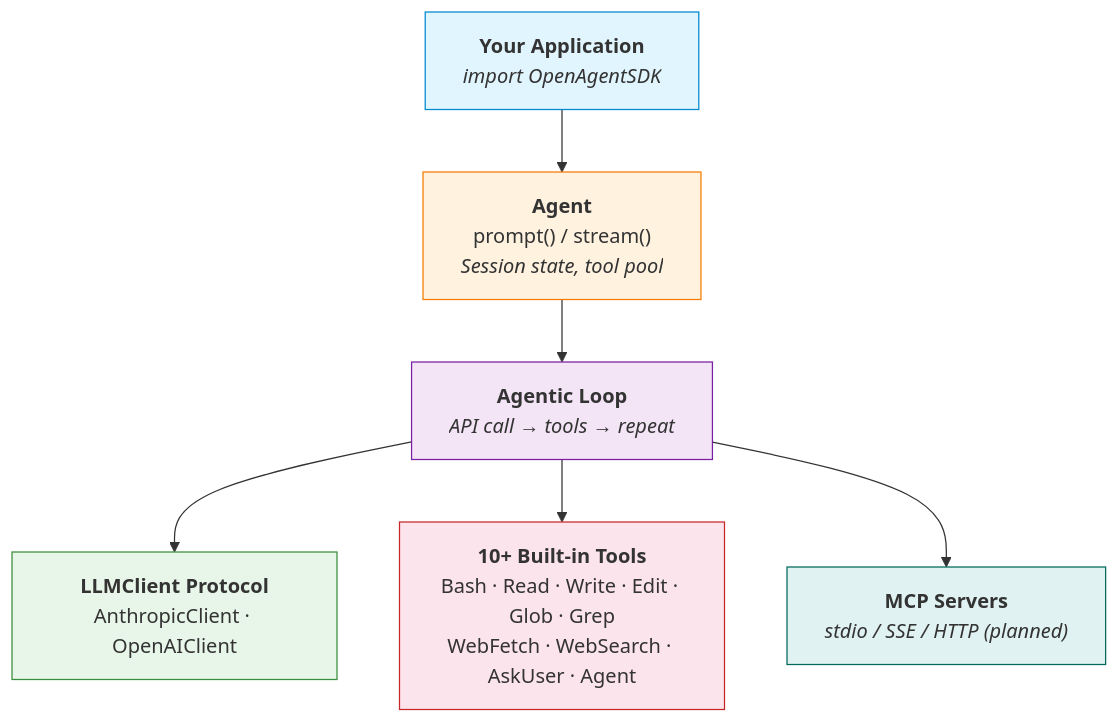
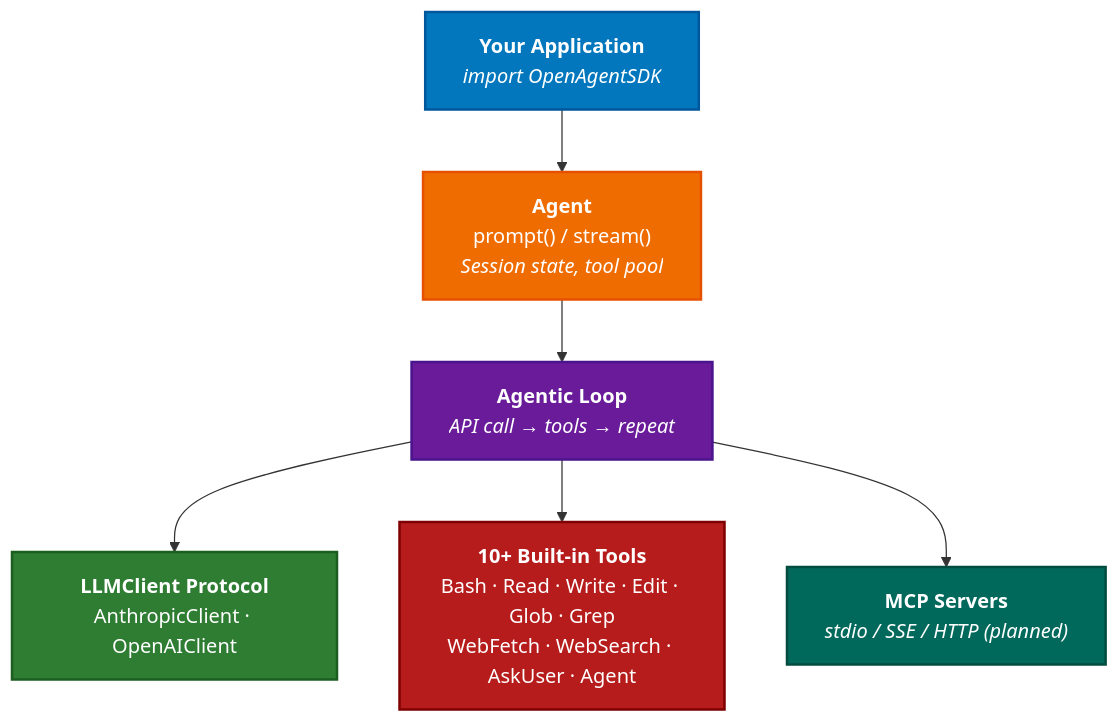
Before and after one commit to terryso/open-agent-sdk-swift: the diagram in README.md, drawn with Mermaid. The commit also changed 10 other files, not shown here.

````diff
--- a/README.md
+++ b/README.md
@@ -172,18 +172,18 @@
 ```mermaid
 graph TD
     A["<b>Your Application</b><br/><i>import OpenAgentSDK</i>"] --> B
     B["<b>Agent</b><br/>prompt() / stream()<br/><i>Session state, tool pool</i>"] --> C
     C["<b>Agentic Loop</b><br/><i>API call → tools → repeat</i>"] --> D
     C --> E
     C --> F
     D["<b>LLMClient Protocol</b><br/>AnthropicClient · OpenAIClient"]
     E["<b>10+ Built-in Tools</b><br/>Bash · Read · Write · Edit · Glob · Grep<br/>WebFetch · WebSearch · AskUser · Agent"]
     F["<b>MCP Servers</b><br/><i>stdio / SSE / HTTP (planned)</i>"]
 
-    style A fill:#e1f5fe,stroke:#0288d1
-    style B fill:#fff3e0,stroke:#f57c00
-    style C fill:#f3e5f5,stroke:#7b1fa2
-    style D fill:#e8f5e9,stroke:#388e3c
-    style E fill:#fce4ec,stroke:#c62828
-    style F fill:#e0f2f1,stroke:#00695c
+    style A fill:#0277bd,stroke:#01579b,color:#fff,stroke-width:2px
+    style B fill:#ef6c00,stroke:#e65100,color:#fff,stroke-width:2px
+    style C fill:#6a1b9a,stroke:#4a148c,color:#fff,stroke-width:2px
+    style D fill:#2e7d32,stroke:#1b5e20,color:#fff,stroke-width:2px
+    style E fill:#b71c1c,stroke:#7f0000,color:#fff,stroke-width:2px
+    style F fill:#00695c,stroke:#004d40,color:#fff,stroke-width:2px
 ```
````
